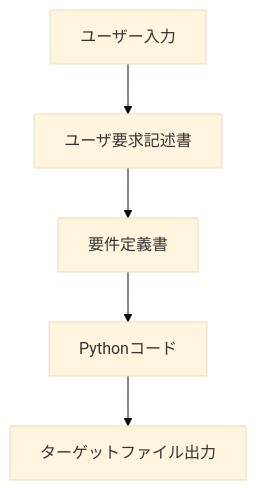
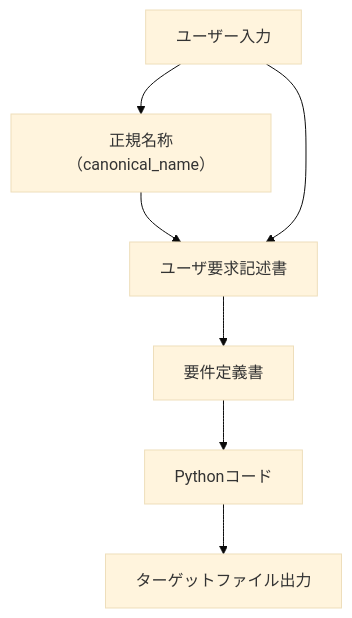
One commit to nobu007/zoltraak_auto changed the diagram in ARCHITECTURE.md. Above: the diagram before and after it, drawn with Mermaid (base theme). The commit also changed other lines of this file and 1 other file, not shown here.

Commit message:
docs: 魔術体系の単語を空間名称として追記
正規名称についての記載をARCHITECTURE.mdに追記

````diff
--- a/ARCHITECTURE.md
+++ b/ARCHITECTURE.md
@@ -5,7 +5,9 @@
 ```mermaid
 flowchart TD
-    A[ユーザー入力] --> B[ユーザ要求記述書]
+    A[ユーザー入力] --> X[正規名称（canonical_name）]
+    X --> B[ユーザ要求記述書]
+    A --> B
     B --> C[要件定義書]
     C --> D[Pythonコード]
     D --> E[ターゲットファイル出力]
 ```
````
